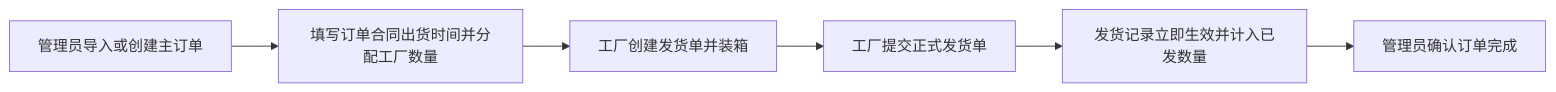
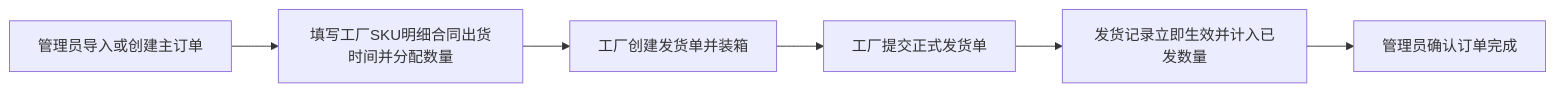
The first of 3 diagrams in docs/一期/requirements/一期需求文档.md (kocotree/order_tracking), drawn with Mermaid before and after one commit. The commit also changed other lines of this file and 13 other files, not shown here.

````diff
--- a/docs/一期/requirements/一期需求文档.md
+++ b/docs/一期/requirements/一期需求文档.md
@@ -199,8 +218,8 @@
 ```mermaid
 flowchart LR
-  A[管理员导入或创建主订单] --> B[填写订单合同出货时间并分配工厂数量]
+  A[管理员导入或创建主订单] --> B[填写工厂SKU明细合同出货时间并分配数量]
   B --> C[工厂创建发货单并装箱]
   C --> D[工厂提交正式发货单]
   D --> E[发货记录立即生效并计入已发数量]
   E --> F[管理员确认订单完成]
 ```
````
